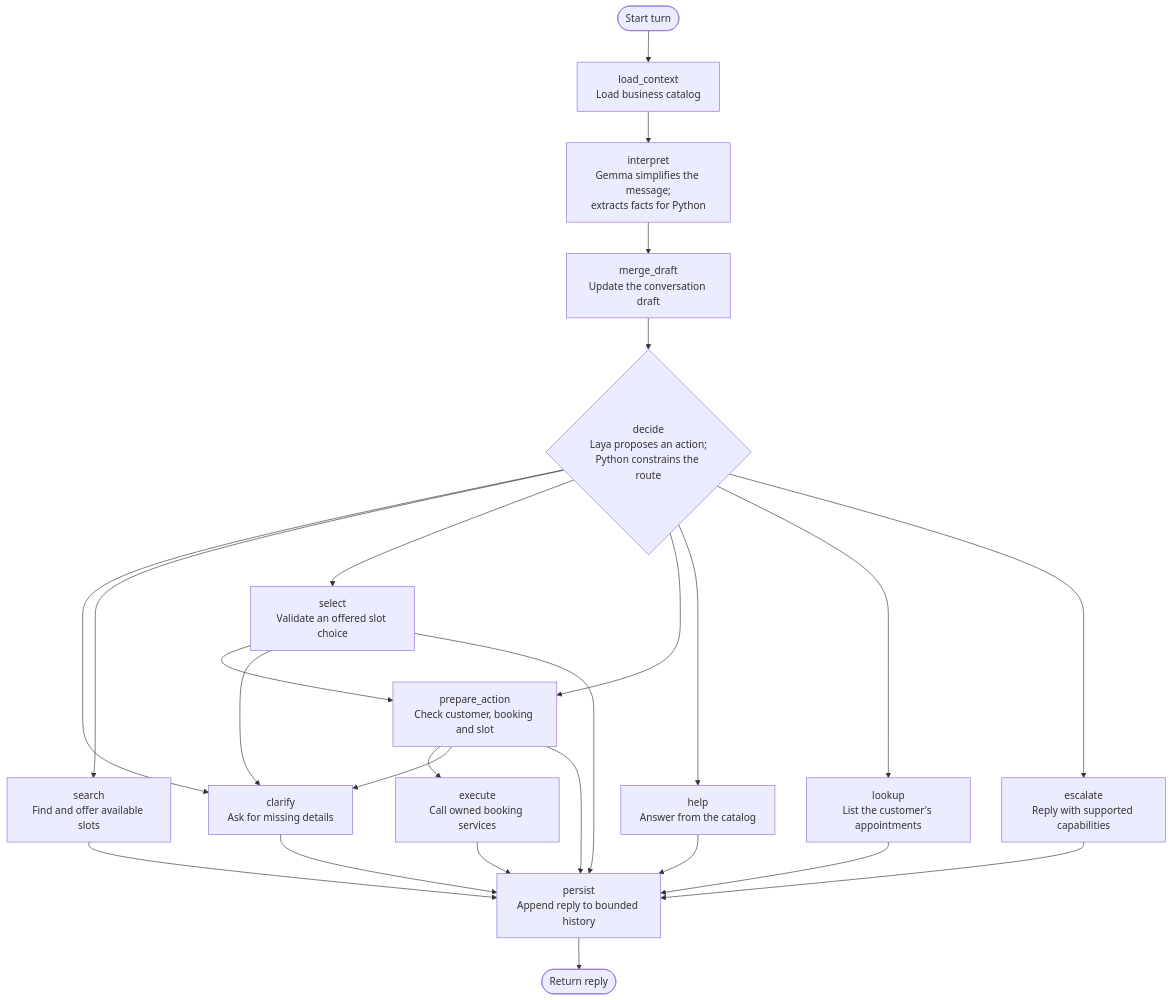
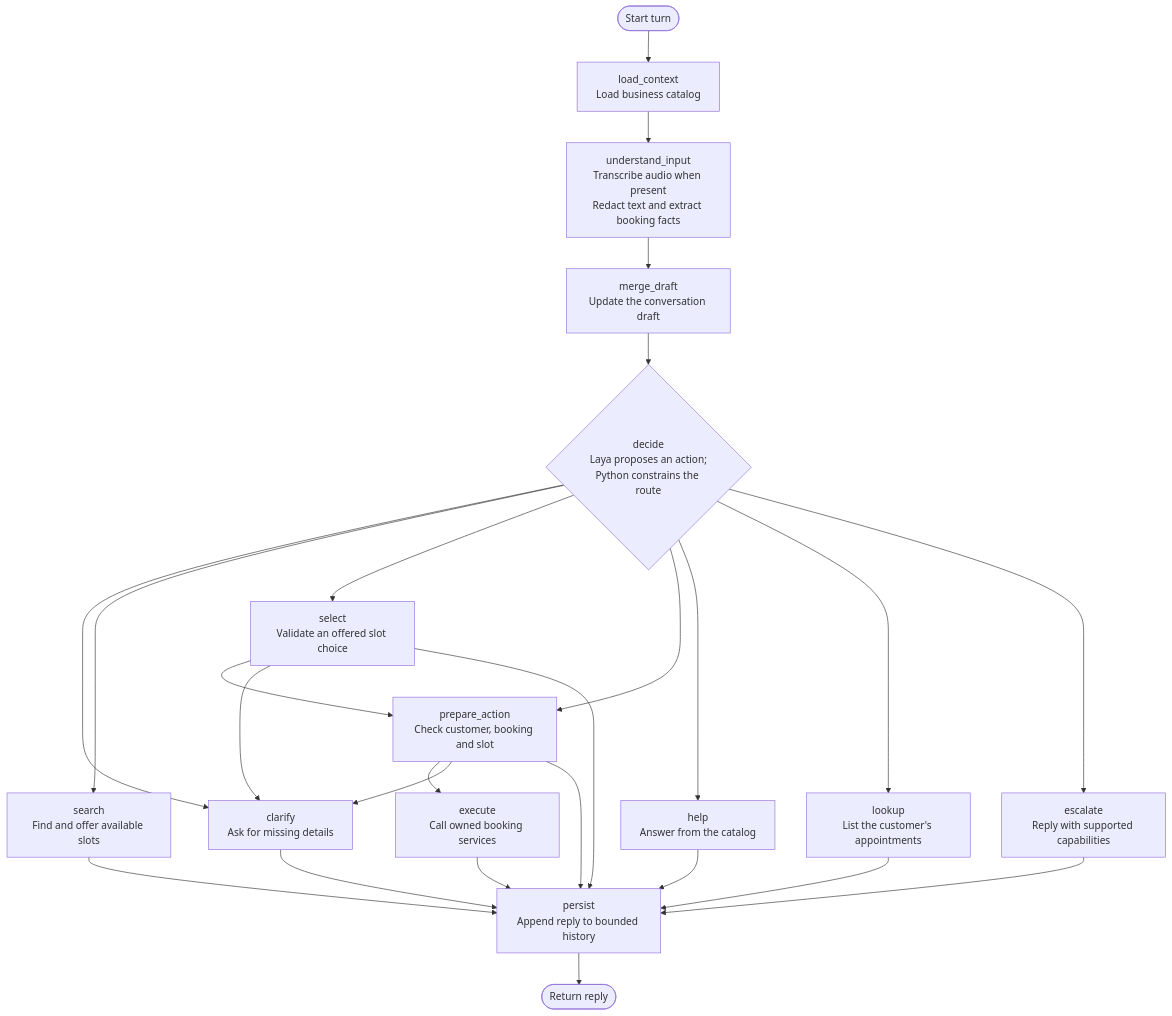
Before and after one commit to ktakanopy/capy-appointment-bot: the diagram in docs/graph.md, drawn with Mermaid. The commit also changed other lines of this file and 23 other files, not shown here.

Commit message:
Unify text and audio handling in the scheduling graph

````diff
--- a/docs/graph.md
+++ b/docs/graph.md
@@ -5,30 +5,30 @@
 ```mermaid
 flowchart TD
     START([Start turn]) --> load_context["load_context<br/>Load business catalog"]
-    load_context --> interpret["interpret<br/>Gemma simplifies the message;<br/>extracts facts for Python"]
-    interpret --> merge_draft["merge_draft<br/>Update the conversation draft"]
+    load_context --> understand_input["understand_input<br/>Transcribe audio when present<br/>Redact text and extract booking facts"]
+    understand_input --> merge_draft["merge_draft<br/>Update the conversation draft"]
     merge_draft --> decide{"decide<br/>Laya proposes an action;<br/>Python constrains the route"}
 
     decide --> clarify["clarify<br/>Ask for missing details"]
     decide --> search["search<br/>Find and offer available slots"]
     decide --> select["select<br/>Validate an offered slot choice"]
     decide --> prepare_action["prepare_action<br/>Check customer, booking and slot"]
     decide --> help["help<br/>Answer from the catalog"]
     decide --> lookup["lookup<br/>List the customer's appointments"]
     decide --> escalate["escalate<br/>Reply with supported capabilities"]
 
     select --> prepare_action
     select --> clarify
     select --> persist
     prepare_action --> execute["execute<br/>Call owned booking services"]
     prepare_action --> clarify
     prepare_action --> persist
 
     clarify --> persist["persist<br/>Append reply to bounded history"]
     search --> persist
     help --> persist
     lookup --> persist
     escalate --> persist
     execute --> persist
     persist --> END([Return reply])
 ```
````
